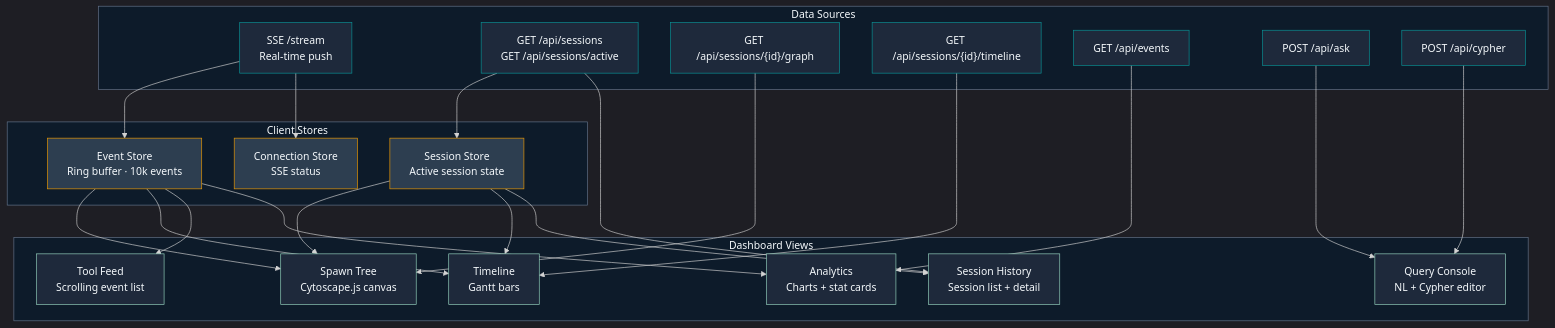
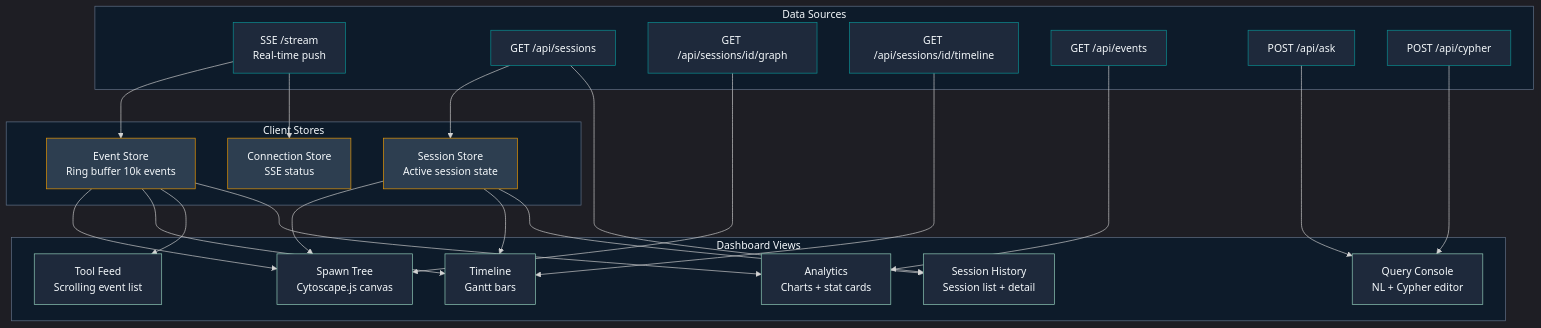
Before and after one commit to halcyondude/observable-claude: the second of 2 diagrams in docs/ux.md, drawn with Mermaid. The commit also changed other lines of this file and 7 other files, not shown here.

First line of the commit message:
fix: Mermaid diagrams — replace \n with br tags for GitHub rendering

````diff
--- a/docs/ux.md
+++ b/docs/ux.md
@@ -72,55 +72,55 @@
 ```mermaid
 %%{init: {'theme': 'dark'}}%%
 flowchart TD
     subgraph SOURCES ["Data Sources"]
-        SSE["SSE /stream\nReal-time push"]:::source
-        REST_SESS["GET /api/sessions\nGET /api/sessions/active"]:::source
-        REST_GRAPH["GET /api/sessions/{id}/graph"]:::source
-        REST_TIME["GET /api/sessions/{id}/timeline"]:::source
+        SSE["SSE /stream<br/>Real-time push"]:::source
+        REST_SESS["GET /api/sessions"]:::source
+        REST_GRAPH["GET /api/sessions/id/graph"]:::source
+        REST_TIME["GET /api/sessions/id/timeline"]:::source
         REST_EVENTS["GET /api/events"]:::source
         REST_ASK["POST /api/ask"]:::source
         REST_CYPHER["POST /api/cypher"]:::source
     end
 
     subgraph STORES ["Client Stores"]
-        EVT_STORE["Event Store\nRing buffer · 10k events"]:::store
-        SESS_STORE["Session Store\nActive session state"]:::store
-        CONN_STORE["Connection Store\nSSE status"]:::store
+        EVT_STORE["Event Store<br/>Ring buffer 10k events"]:::store
+        SESS_STORE["Session Store<br/>Active session state"]:::store
+        CONN_STORE["Connection Store<br/>SSE status"]:::store
     end
 
     subgraph VIEWS ["Dashboard Views"]
-        V1["Spawn Tree\nCytoscape.js canvas"]:::view
-        V2["Timeline\nGantt bars"]:::view
-        V3["Tool Feed\nScrolling event list"]:::view
-        V4["Analytics\nCharts + stat cards"]:::view
-        V5["Query Console\nNL + Cypher editor"]:::view
-        V6["Session History\nSession list + detail"]:::view
+        V1["Spawn Tree<br/>Cytoscape.js canvas"]:::view
+        V2["Timeline<br/>Gantt bars"]:::view
+        V3["Tool Feed<br/>Scrolling event list"]:::view
+        V4["Analytics<br/>Charts + stat cards"]:::view
+        V5["Query Console<br/>NL + Cypher editor"]:::view
+        V6["Session History<br/>Session list + detail"]:::view
     end
 
     SSE --> EVT_STORE
     SSE --> CONN_STORE
     REST_SESS --> SESS_STORE
     REST_SESS --> V6
 
     EVT_STORE --> V1
     EVT_STORE --> V2
     EVT_STORE --> V3
     EVT_STORE --> V4
 
     REST_GRAPH --> V1
     REST_TIME --> V2
     REST_EVENTS --> V4
     REST_ASK --> V5
     REST_CYPHER --> V5
     SESS_STORE --> V1
     SESS_STORE --> V2
     SESS_STORE --> V6
 
     classDef source fill:#1E293B,stroke:#0A9396,color:#F4F8FB
     classDef store fill:#2D3E50,stroke:#EE9B00,color:#F4F8FB
     classDef view fill:#1E293B,stroke:#94D2BD,color:#F4F8FB
 
     style SOURCES fill:#0D1B2A,stroke:#64748B,color:#F4F8FB
     style STORES fill:#0D1B2A,stroke:#64748B,color:#F4F8FB
     style VIEWS fill:#0D1B2A,stroke:#64748B,color:#F4F8FB
 ```
````
